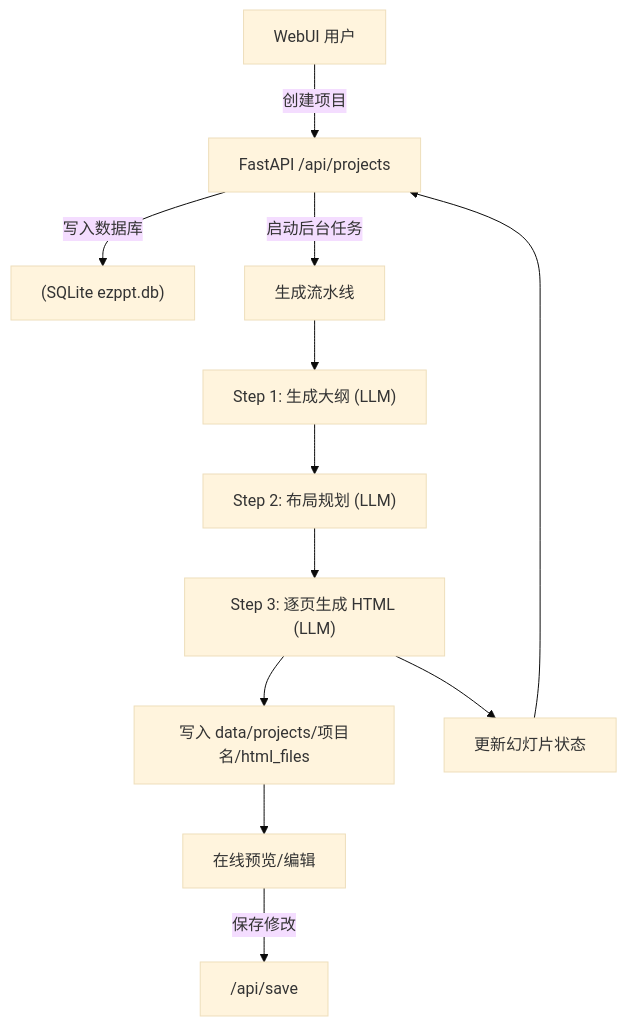
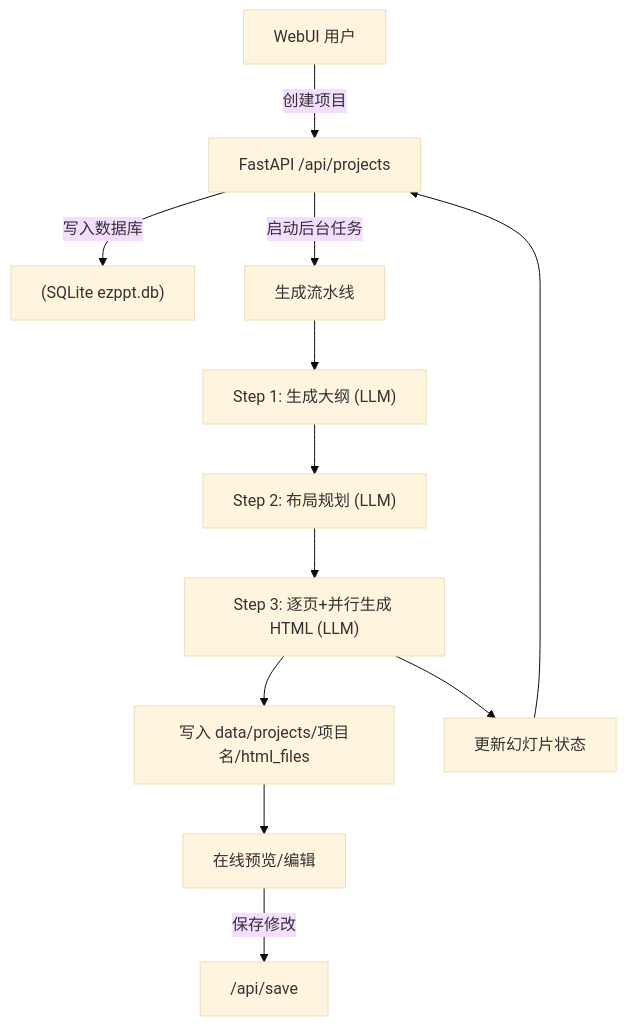
Before and after one commit to cat3399/ezppt: the first of 2 diagrams in README.md, drawn with Mermaid (base theme). The commit also changed other lines of this file, not shown here.

Commit message:
修改README

````diff
--- a/README.md
+++ b/README.md
@@ -154,14 +155,14 @@
 ```mermaid
 flowchart TD
     U["WebUI 用户"] -->|"创建项目"| A["FastAPI /api/projects"]
     A -->|"写入数据库"| DB["(SQLite ezppt.db)"]
     A -->|"启动后台任务"| P["生成流水线"]
     P --> S1["Step 1: 生成大纲 (LLM)"]
     S1 --> S2["Step 2: 布局规划 (LLM)"]
-    S2 --> S3["Step 3: 逐页生成 HTML (LLM)"]
+    S2 --> S3["Step 3: 逐页+并行生成 HTML (LLM)"]
     S3 --> FS["写入 data/projects/项目名/html_files"]
     S3 --> ST["更新幻灯片状态"]
     ST --> A
     FS --> PREVIEW["在线预览/编辑"]
     PREVIEW -->|"保存修改"| SAVE["/api/save"]
 ```
````
